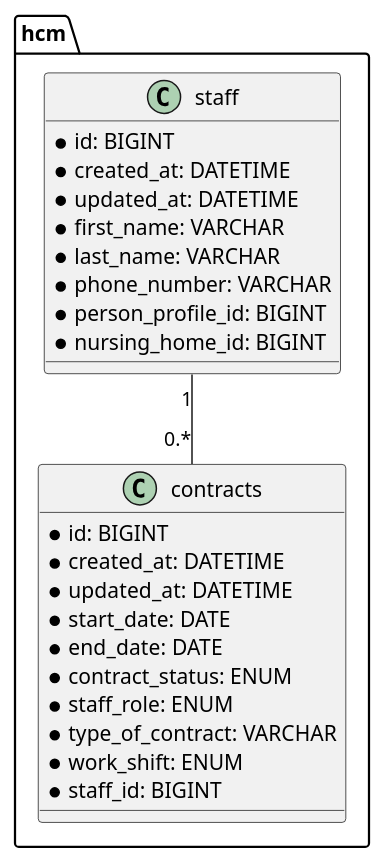
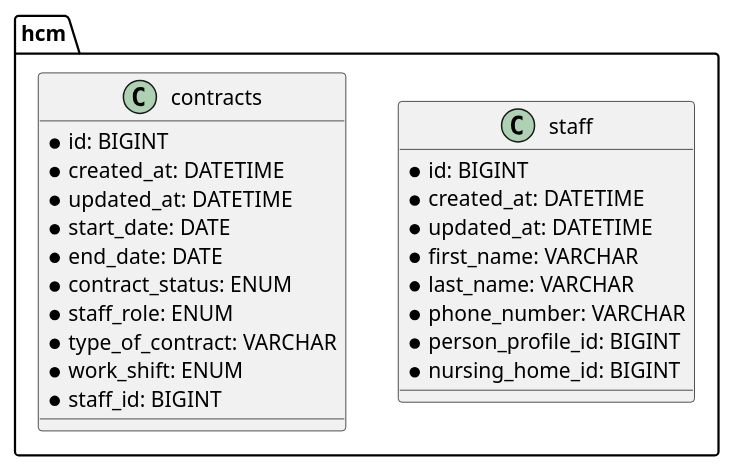
One commit to NovaPeru-Tech/NovaPeruTech-BackEnd changed the diagram in docs/diagrams/hcm/hcm-database-diagram.puml. Above: the diagram before and after it, drawn with PlantUML.

Commit message:
docs: remove redundant relationship between staff and contracts in HCM database diagram.

```diff
--- a/docs/diagrams/hcm/hcm-database-diagram.puml
+++ b/docs/diagrams/hcm/hcm-database-diagram.puml
@@ -1,30 +1,29 @@
 @startuml
 package "hcm" {
     class "staff" {
         *id: BIGINT
         *created_at: DATETIME
         *updated_at: DATETIME
         *first_name: VARCHAR
         *last_name: VARCHAR
         *phone_number: VARCHAR
         *person_profile_id: BIGINT
         *nursing_home_id: BIGINT
     }
 
     class "contracts" {
         *id: BIGINT
         *created_at: DATETIME
         *updated_at: DATETIME
         *start_date: DATE
         *end_date: DATE
         *contract_status: ENUM
         *staff_role: ENUM
         *type_of_contract: VARCHAR
         *work_shift: ENUM
         *staff_id: BIGINT
     }
 }
 
-staff "1" -- "0.*" contracts
 
 @enduml
```
